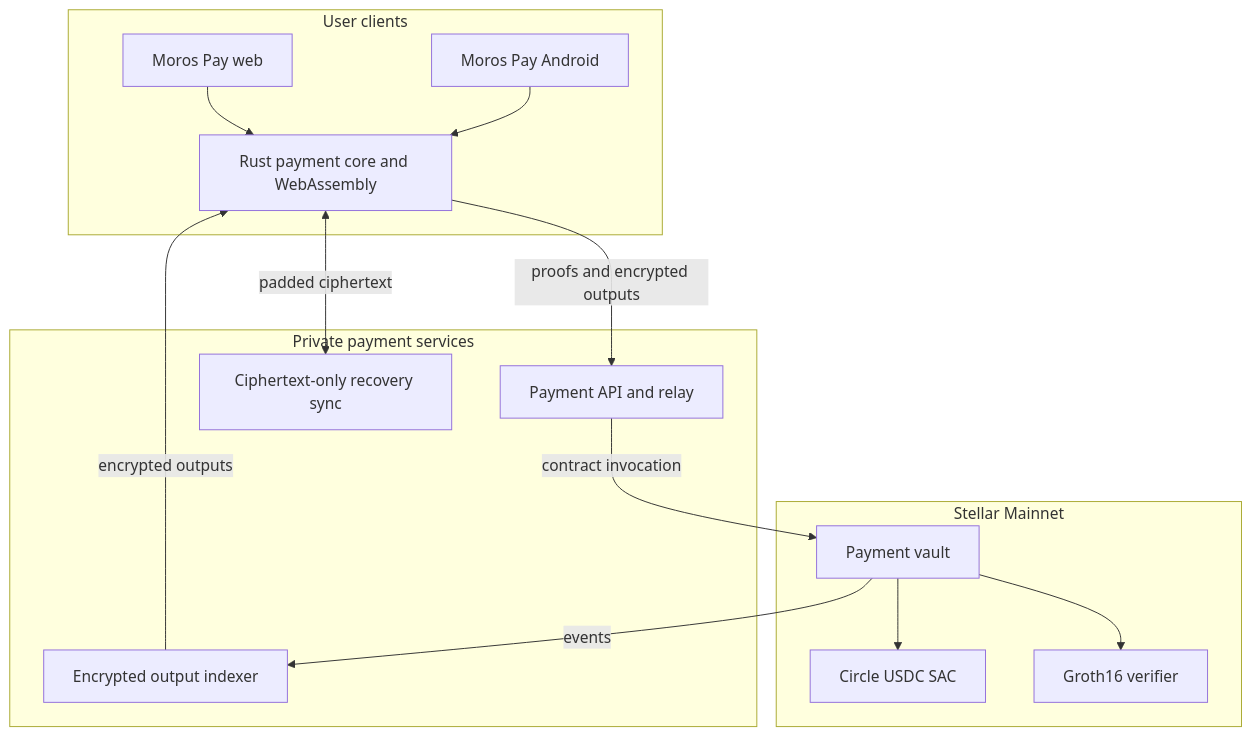
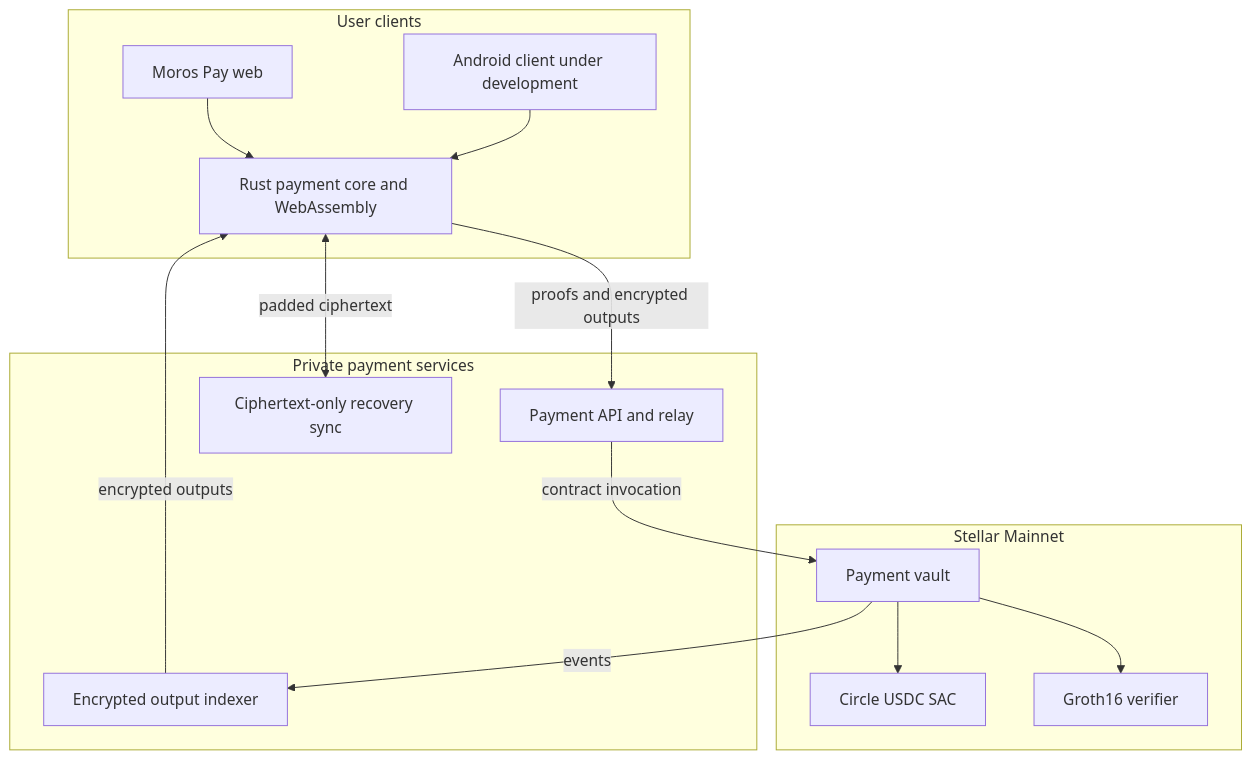
One commit to HoomanBuilds/moros changed the first of 2 diagrams in README.md. Above: the diagram before and after it, drawn with Mermaid. The commit also changed other lines of this file, not shown here.

Commit message:
docs: clarify Moros Pay release status

````diff
--- a/README.md
+++ b/README.md
@@ -191,30 +191,30 @@
 ```mermaid
 flowchart TB
     subgraph clients["User clients"]
         webPay["Moros Pay web"]
-        android["Moros Pay Android"]
+        android["Android client under development"]
         core["Rust payment core and WebAssembly"]
         webPay --> core
         android --> core
     end
 
     subgraph services["Private payment services"]
         api["Payment API and relay"]
         indexer["Encrypted output indexer"]
         sync["Ciphertext-only recovery sync"]
     end
 
     subgraph stellar["Stellar Mainnet"]
         usdc["Circle USDC SAC"]
         vault["Payment vault"]
         verifier["Groth16 verifier"]
         vault --> usdc
         vault --> verifier
     end
 
     core -->|proofs and encrypted outputs| api
     api -->|contract invocation| vault
     vault -->|events| indexer
     indexer -->|encrypted outputs| core
     core <-->|padded ciphertext| sync
 ```
````
